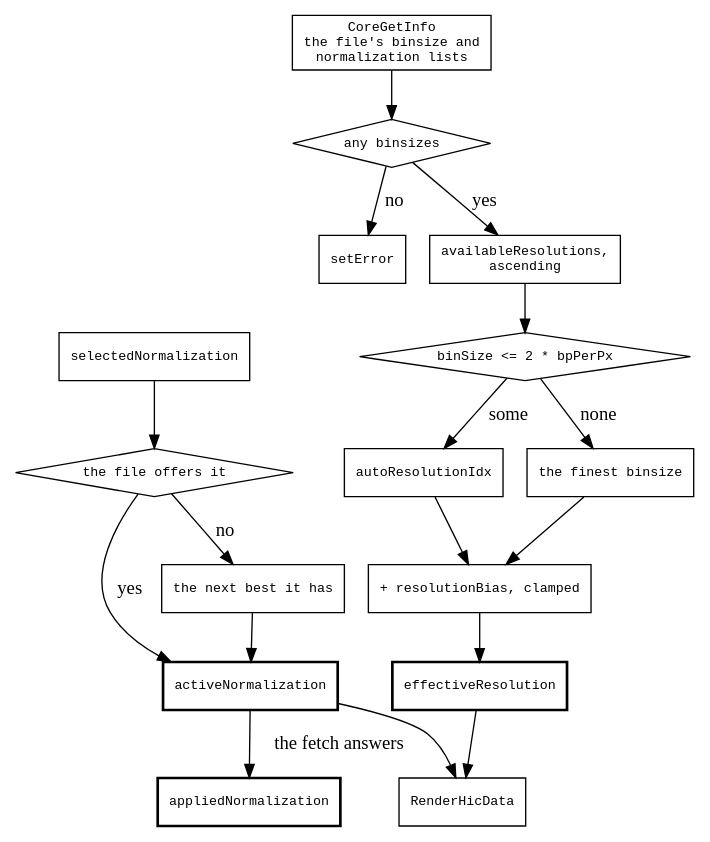
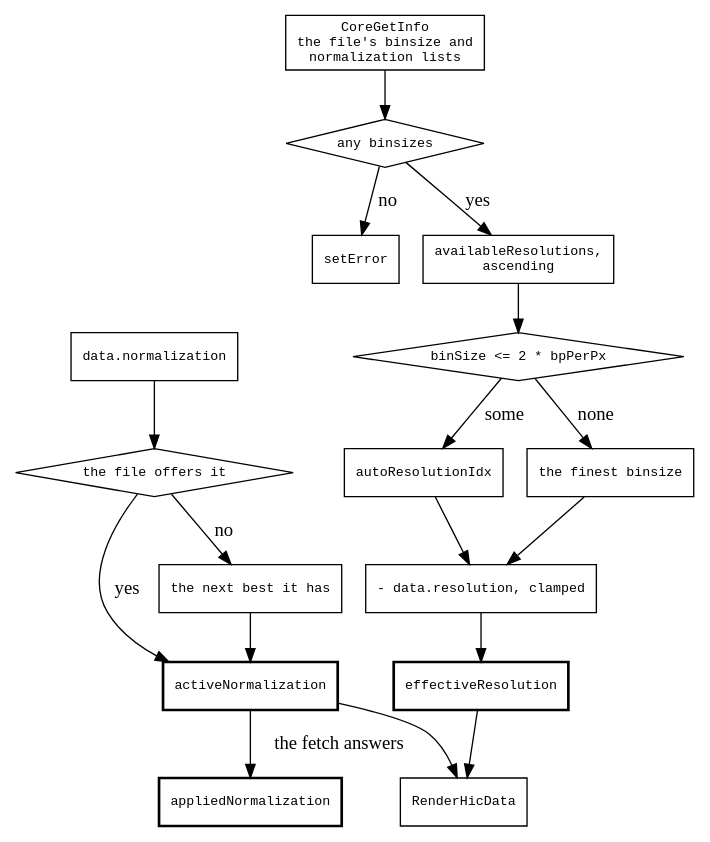
One commit to GMOD/jbrowse-components changed the diagram in agent-docs/reference/diagrams/hic-request.dot. Above: the diagram before and after it, drawn with Graphviz. The commit also changed 56 other files, not shown here.

First line of the commit message:
Wiggle's resolution and Hi-C's resolutionBias and selectedNormalization move under data (ADR-238)

```diff
--- a/agent-docs/reference/diagrams/hic-request.dot
+++ b/agent-docs/reference/diagrams/hic-request.dot
@@ -1,40 +1,40 @@
 digraph hic_request {
   rankdir=TB
   node [shape=box fontname=monospace fontsize=10]
   { node [shape=diamond] listed; qualifies; offered }
 
   header [label="CoreGetInfo\nthe file's binsize and\nnormalization lists"]
   listed [label="any binsizes"]
   header -> listed
   listed -> terminal [label=" no"]
   listed -> sorted   [label=" yes"]
   terminal [label="setError"]
   sorted [label="availableResolutions,\nascending"]
 
   qualifies [label="binSize <= 2 * bpPerPx"]
   sorted -> qualifies
   qualifies -> auto   [label=" some"]
   qualifies -> finest [label=" none"]
   auto   [label="autoResolutionIdx"]
   finest [label="the finest binsize"]
 
-  bias [label="+ resolutionBias, clamped"]
+  bias [label="- data.resolution, clamped"]
   auto -> bias  finest -> bias
   bias -> effective
   effective [label="effectiveResolution", style=bold]
 
-  selected [label="selectedNormalization"]
+  selected [label="data.normalization"]
   offered [label="the file offers it"]
   selected -> offered
   offered -> active   [label=" yes"]
   offered -> nextBest [label=" no"]
   nextBest [label="the next best it has"]
   active   [label="activeNormalization", style=bold]
   nextBest -> active
 
   applied [label="appliedNormalization", style=bold]
   active -> applied [label=" the fetch answers"]
 
   call [label="RenderHicData"]
   effective -> call  active -> call
 }
```
